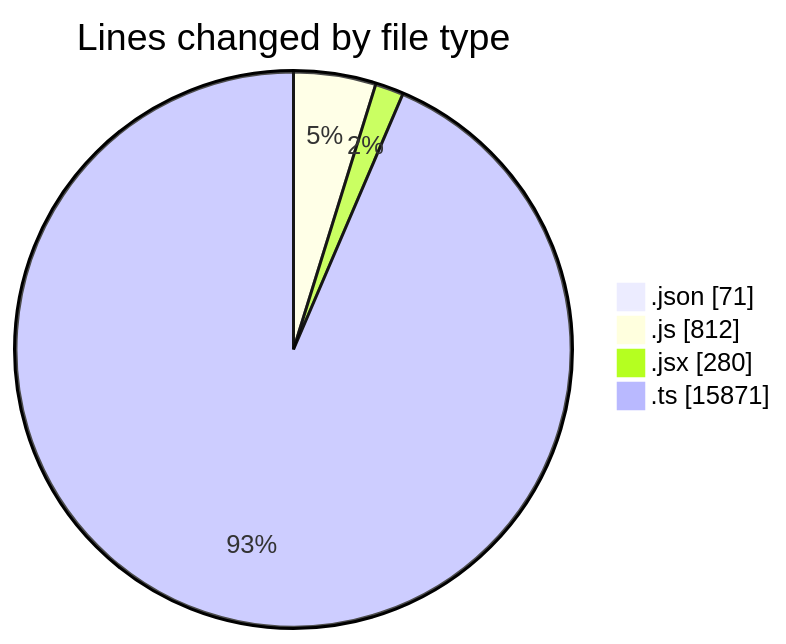
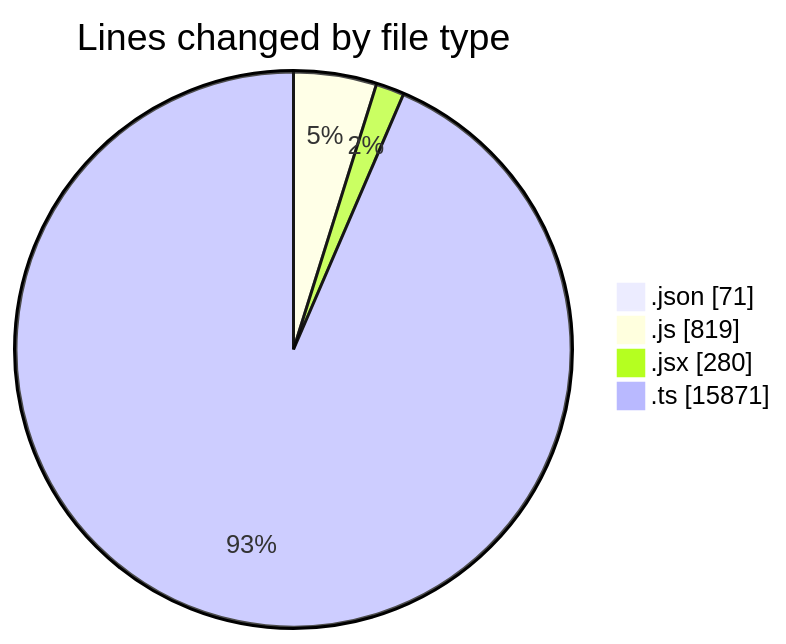
One commit to momahboobian/code-tracking changed the first of 2 diagrams in 2025-05-13/cda/README.md. Above: the diagram before and after it, drawn with Mermaid. The commit also changed other lines of this file and 1 other file, not shown here.

````diff
--- a/2025-05-13/cda/README.md
+++ b/2025-05-13/cda/README.md
@@ -29,8 +29,8 @@
 ```mermaid
 pie showData
 title Lines changed by file type
 ".json" : 71
-".js" : 812
+".js" : 819
 ".jsx" : 280
 ".ts" : 15871
 ```
````
